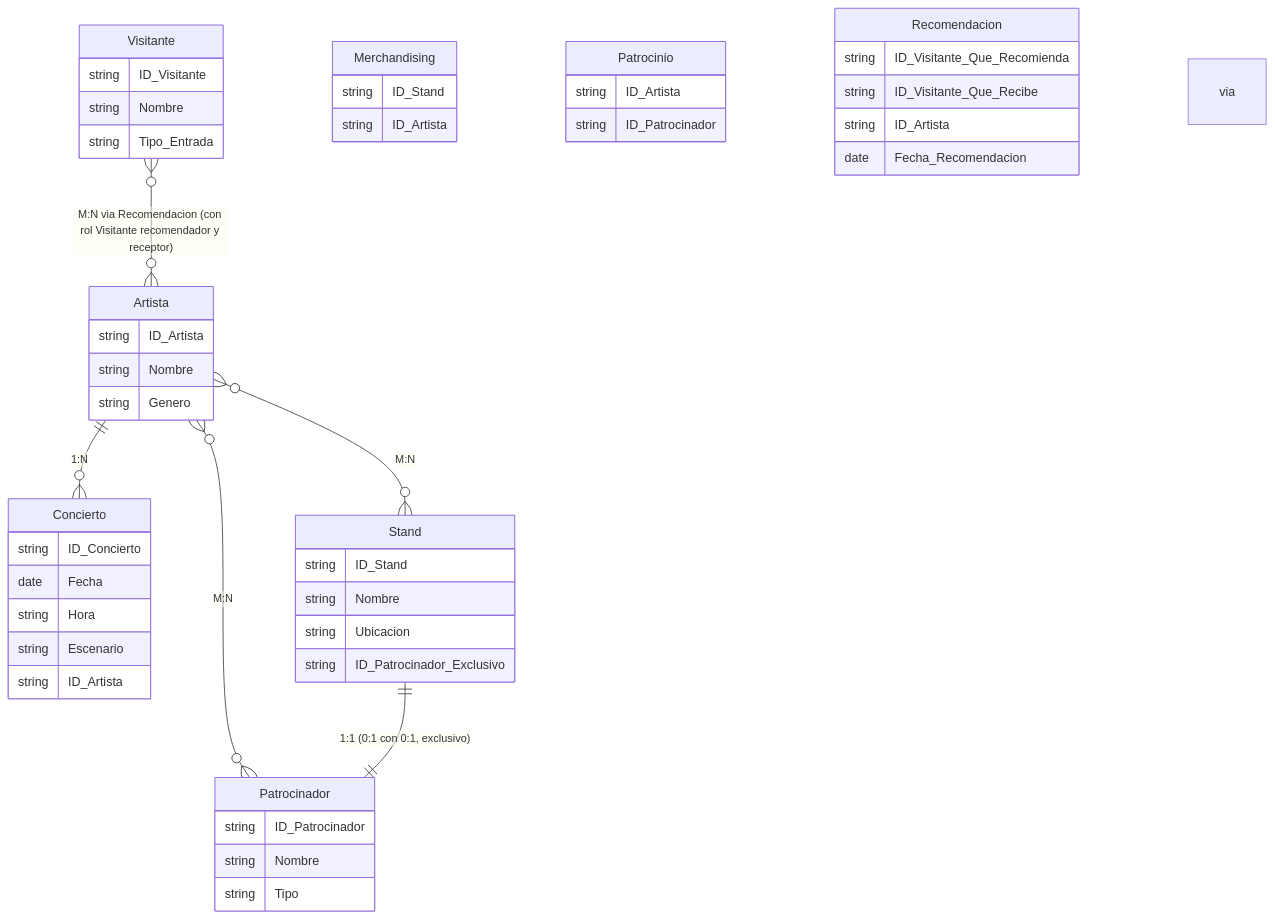
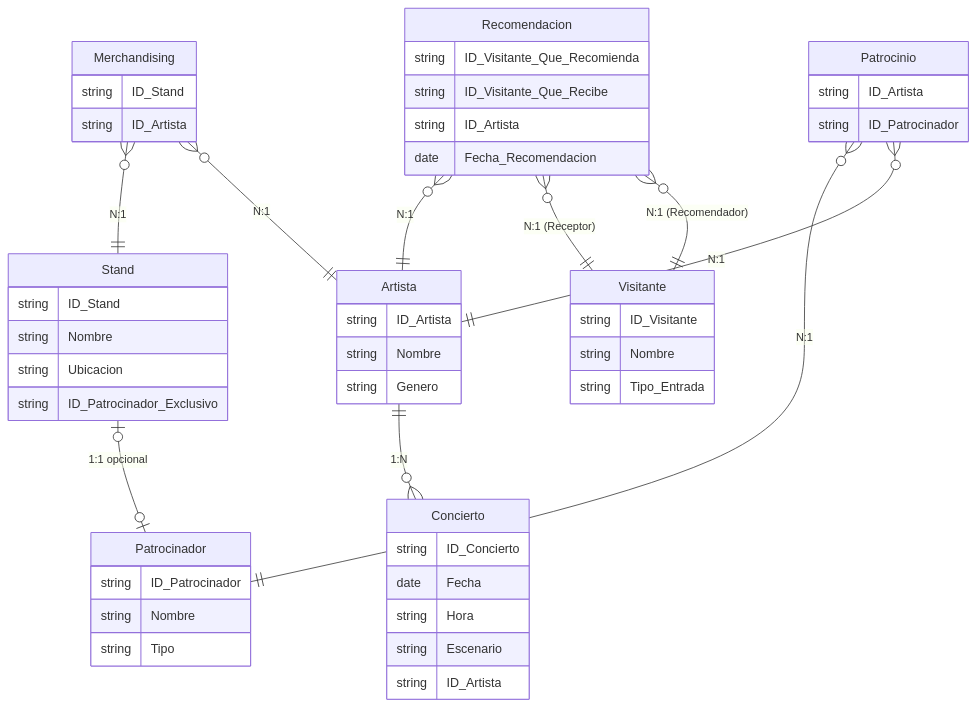
Before and after one commit to UnirCs/BBDDA-GLOBAL: the diagram in Tema_0/00_Resources/06_Festival.md, drawn with Mermaid. The commit also changed 6 other files, not shown here.

````diff
--- a/Tema_0/00_Resources/06_Festival.md
+++ b/Tema_0/00_Resources/06_Festival.md
@@ -45,60 +45,67 @@
 ```mermaid
 erDiagram
 
     Artista {
         string ID_Artista
         string Nombre
         string Genero
     }
 
     Concierto {
         string ID_Concierto
         date Fecha
         string Hora
         string Escenario
         string ID_Artista
     }
 
     Patrocinador {
         string ID_Patrocinador
         string Nombre
         string Tipo
     }
 
     Stand {
         string ID_Stand
         string Nombre
         string Ubicacion
         string ID_Patrocinador_Exclusivo
     }
 
     Visitante {
         string ID_Visitante
         string Nombre
         string Tipo_Entrada
     }
 
     Merchandising {
         string ID_Stand
         string ID_Artista
     }
 
     Patrocinio {
         string ID_Artista
         string ID_Patrocinador
     }
 
     Recomendacion {
         string ID_Visitante_Que_Recomienda
         string ID_Visitante_Que_Recibe
         string ID_Artista
         date Fecha_Recomendacion
     }
 
     Artista ||--o{ Concierto : "1:N"
-    Artista }o--o{ Patrocinador : "M:N" via Patrocinio
-    Artista }o--o{ Stand : "M:N" via Merchandising
-    Stand ||--|| Patrocinador : "1:1 (0:1 con 0:1, exclusivo)"
-    Visitante }o--o{ Artista : "M:N via Recomendacion (con rol Visitante recomendador y receptor)"
 
+    Patrocinio }o--|| Artista : "N:1"
+    Patrocinio }o--|| Patrocinador : "N:1"
+
+    Merchandising }o--|| Artista : "N:1"
+    Merchandising }o--|| Stand : "N:1"
+
+    Stand |o--o| Patrocinador : "1:1 opcional"
+
+    Recomendacion }o--|| Visitante : "N:1 (Recomendador)"
+    Recomendacion }o--|| Visitante : "N:1 (Receptor)"
+    Recomendacion }o--|| Artista : "N:1"
 ```
````
